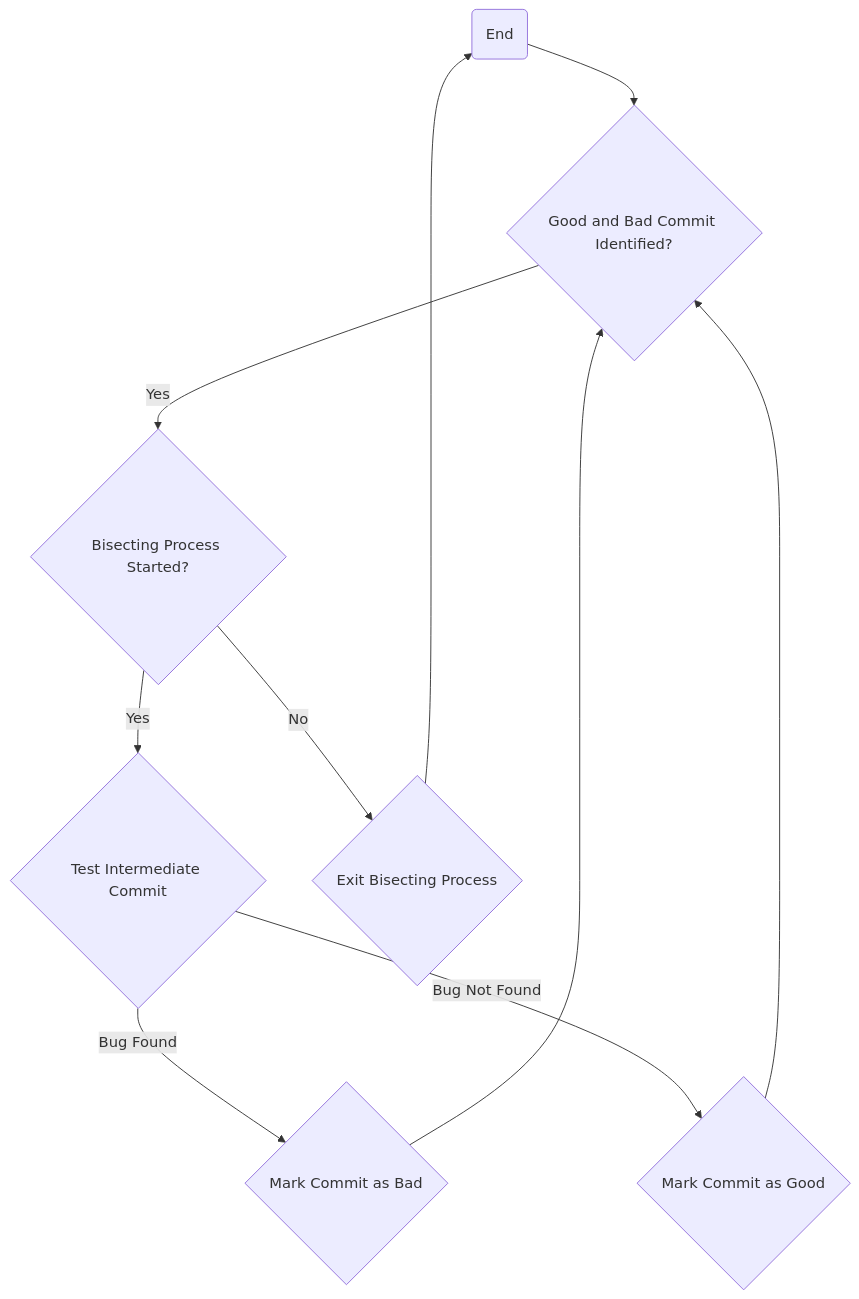
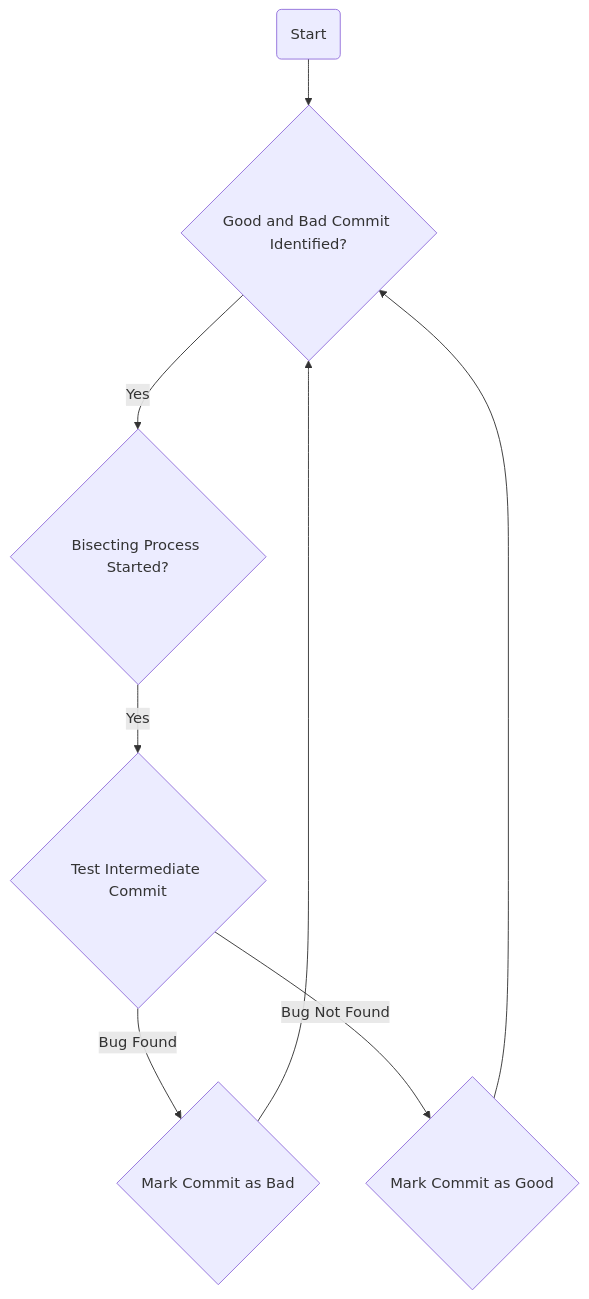
One commit to emmahone/Git-Good-Quick changed the eighth of 8 diagrams in README.md. Above: the diagram before and after it, drawn with Mermaid.

Commit message:
Fix flowchart

````diff
--- a/README.md
+++ b/README.md
@@ -165,12 +165,10 @@
 ```mermaid
 graph TD;
     A(Start)-->B{Good and Bad Commit Identified?};
     B-- Yes -->C{Bisecting Process Started?};
     C-- Yes -->D{Test Intermediate Commit};
     D-- Bug Found -->E{Mark Commit as Bad};
     E-->B;
     D-- Bug Not Found -->F{Mark Commit as Good};
     F-->B;
-    C-- No -->G{Exit Bisecting Process};
-    G-->A(End);
 ```
````
